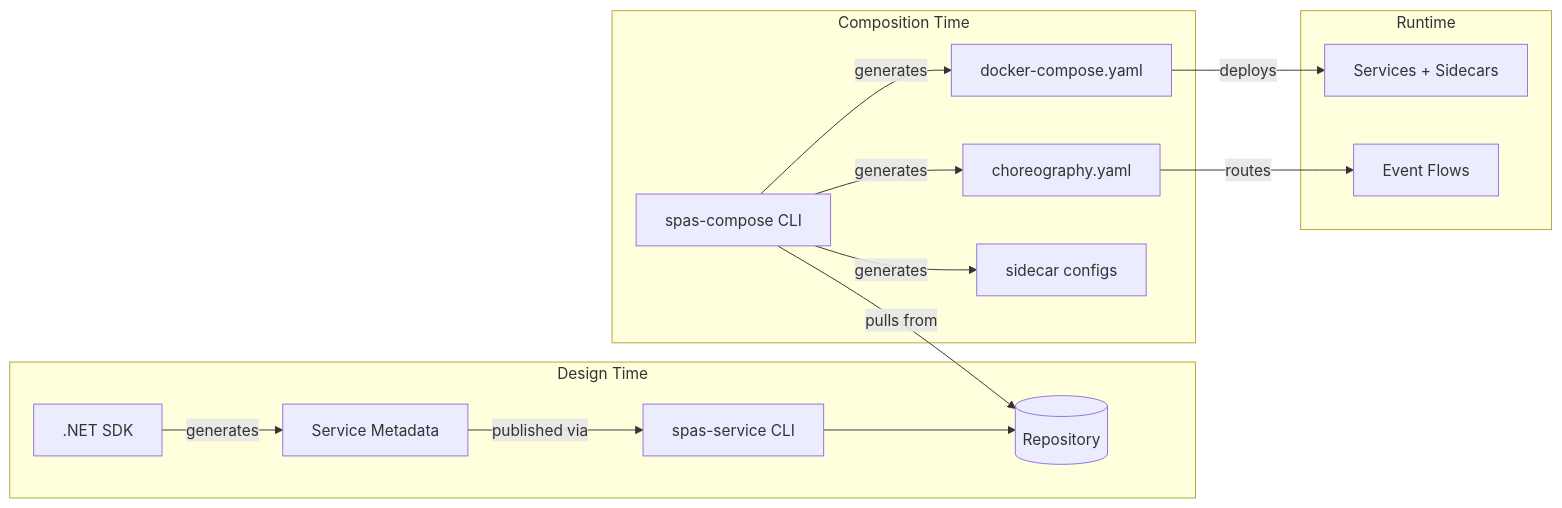
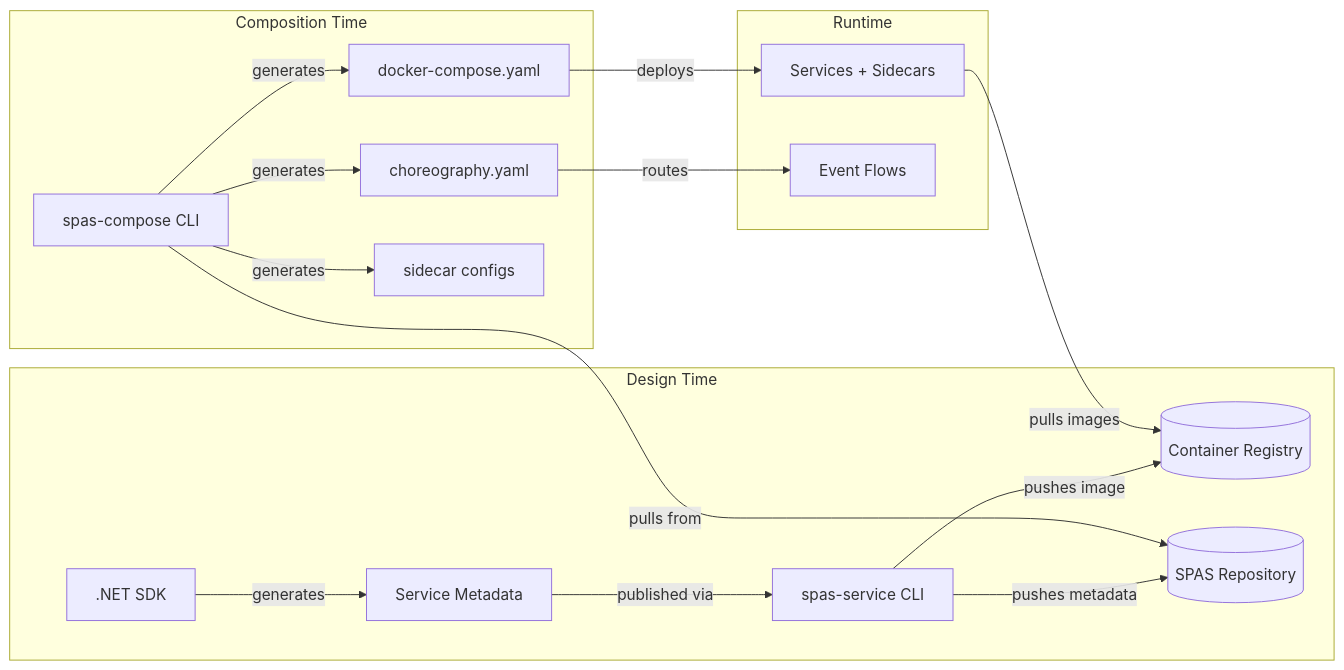
The second of 3 diagrams in README.md (filozofira/spas), drawn with Mermaid before and after one commit. The commit also changed 22 other files, not shown here.

````diff
--- a/README.md
+++ b/README.md
@@ -71,20 +71,22 @@
 ```mermaid
 flowchart LR
     subgraph "Design Time"
         SDK[.NET SDK] -->|generates| Meta[Service Metadata]
         Meta -->|published via| CLI1[spas-service CLI]
-        CLI1 --> Repo[(Repository)]
+        CLI1 -->|pushes image| DockerReg[(Container Registry)]
+        CLI1 -->|pushes metadata| Repo[(SPAS Repository)]
     end
     
     subgraph "Composition Time"
         CLI2[spas-compose CLI] -->|pulls from| Repo
         CLI2 -->|generates| Choreo[choreography.yaml]
         CLI2 -->|generates| DC[docker-compose.yaml]
         CLI2 -->|generates| SC[sidecar configs]
     end
     
     subgraph "Runtime"
         DC -->|deploys| Services[Services + Sidecars]
         Choreo -->|routes| Events[Event Flows]
+        Services -->|pulls images| DockerReg
     end
 ```
````
